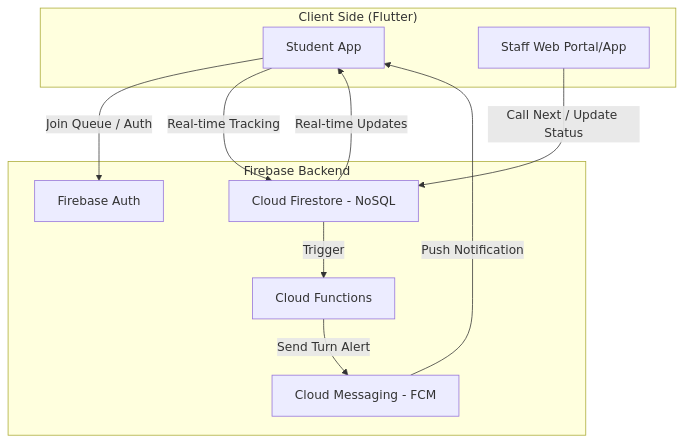
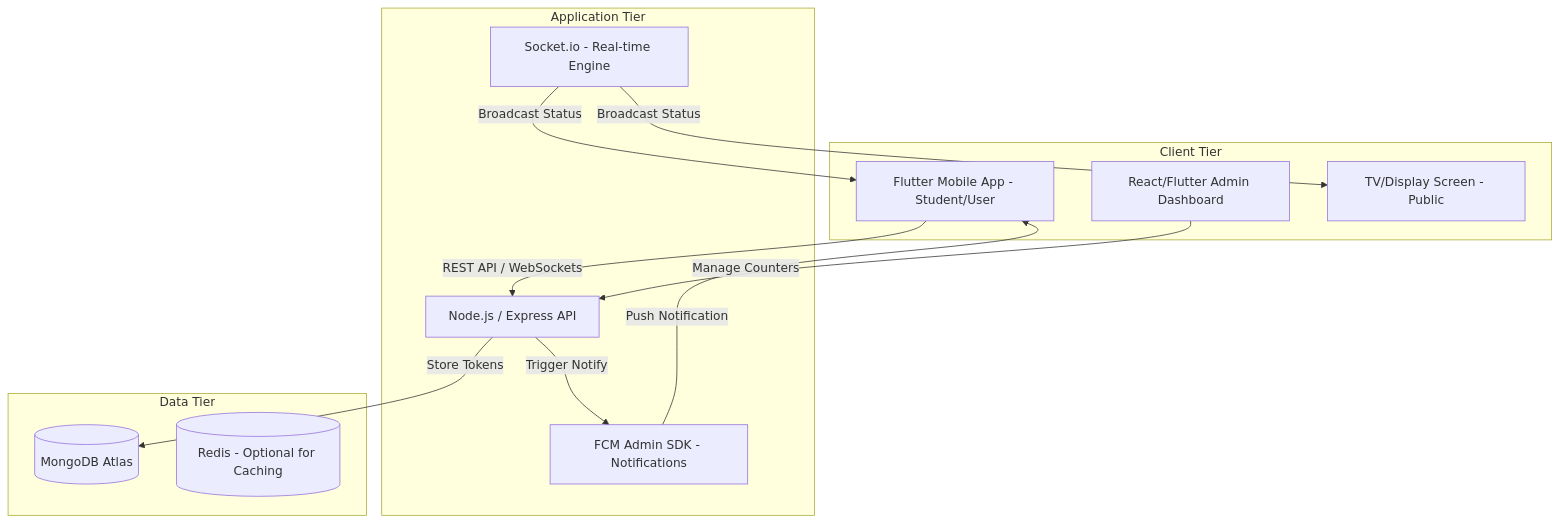
The diagram in README.md (ProgrammerSMSH/project-SQMS), drawn with Mermaid before and after one commit. The commit also changed other lines of this file, not shown here.

````diff
--- a/README.md
+++ b/README.md
@@ -7,22 +7,27 @@
 ```mermaid
 graph TD
-    subgraph "Client Side (Flutter)"
-        A[Student App]
-        B[Staff Web Portal/App]
+    subgraph "Client Tier"
+        A[Flutter Mobile App - Student/User]
+        B[React/Flutter Admin Dashboard]
+        C[TV/Display Screen - Public]
     end
 
-    subgraph "Firebase Backend"
-        C[Firebase Auth]
-        D[Cloud Firestore - NoSQL]
-        E[Cloud Functions]
-        F[Cloud Messaging - FCM]
+    subgraph "Application Tier"
+        D[Node.js / Express API]
+        E[Socket.io - Real-time Engine]
+        F[FCM Admin SDK - Notifications]
     end
 
-    A -- "Join Queue / Auth" --> C
-    A -- "Real-time Tracking" --> D
-    D -- "Real-time Updates" --> A
-    B -- "Call Next / Update Status" --> D
-    D -- "Trigger" --> E
-    E -- "Send Turn Alert" --> F
+    subgraph "Data Tier"
+        G[(MongoDB Atlas)]
+        H[(Redis - Optional for Caching)]
+    end
+
+    A -- "REST API / WebSockets" --> D
+    B -- "Manage Counters" --> D
+    D -- "Store Tokens" --> G
+    D -- "Trigger Notify" --> F
     F -- "Push Notification" --> A
+    E -- "Broadcast Status" --> A
+    E -- "Broadcast Status" --> C
 ```
````
